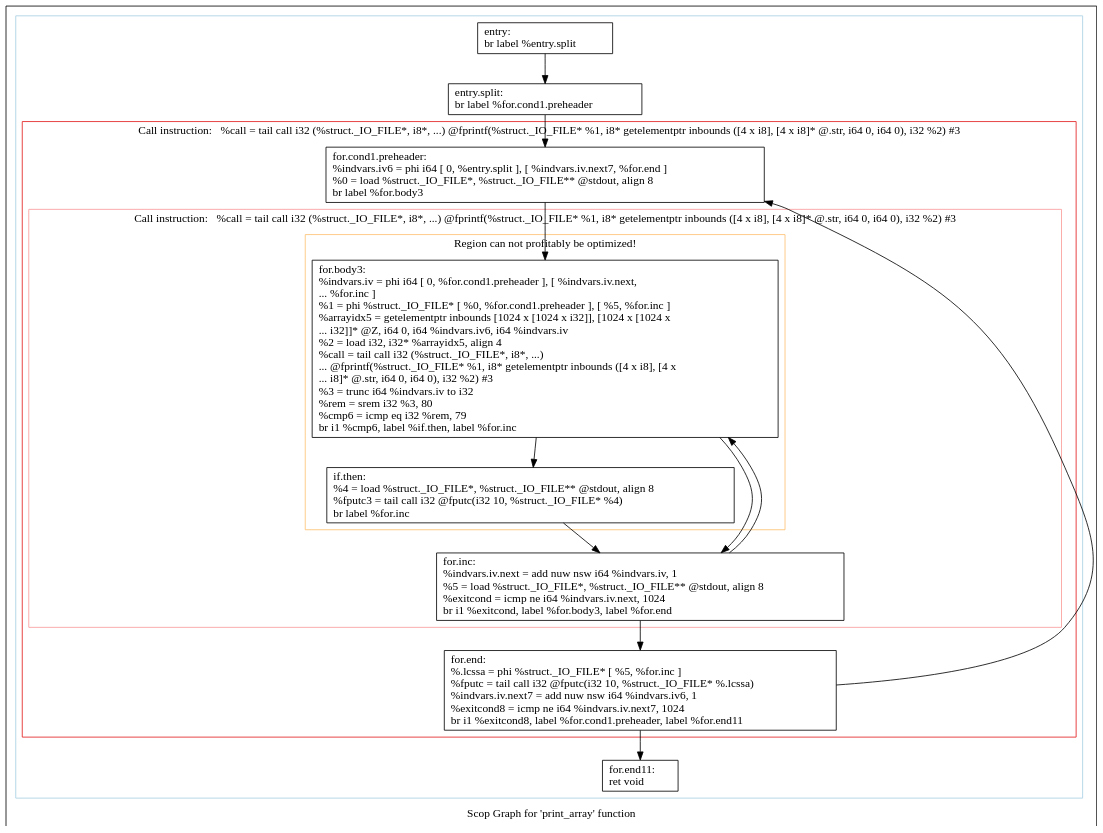
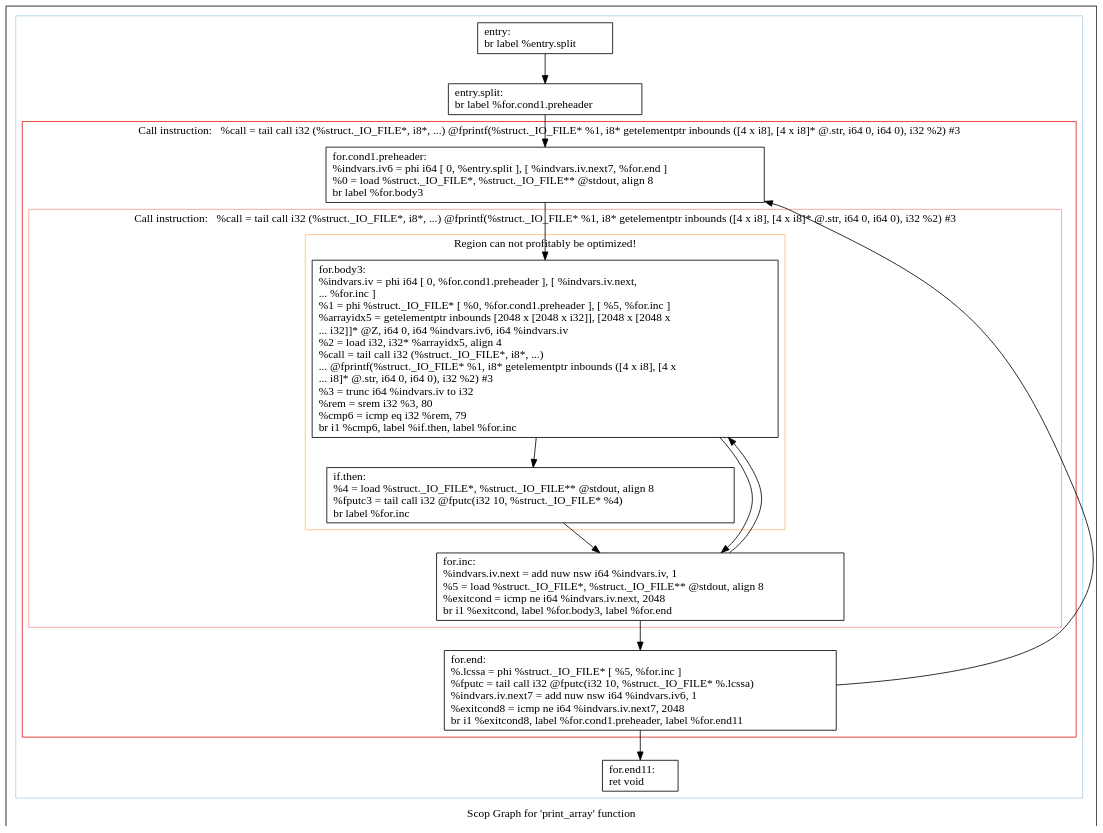
One commit to samminweng/WhileyOpenCL changed the diagram in polly/MatrixMult/impl/handwritten3/dot/scops.print_array.dot. Above: the diagram before and after it, drawn with Graphviz. The commit also changed 20 other files, not shown here.

```diff
--- a/polly/MatrixMult/impl/handwritten3/dot/scops.print_array.dot
+++ b/polly/MatrixMult/impl/handwritten3/dot/scops.print_array.dot
@@ -1,51 +1,51 @@
 digraph "Scop Graph for 'print_array' function" {
 	label="Scop Graph for 'print_array' function";
 
-	Node0x63da6f0 [shape=record,label="{entry:\l  br label %entry.split\l}"];
-	Node0x63da6f0 -> Node0x63b4160;
-	Node0x63b4160 [shape=record,label="{entry.split:                                      \l  br label %for.cond1.preheader\l}"];
-	Node0x63b4160 -> Node0x63da880;
-	Node0x63da880 [shape=record,label="{for.cond1.preheader:                              \l  %indvars.iv6 = phi i64 [ 0, %entry.split ], [ %indvars.iv.next7, %for.end ]\l  %0 = load %struct._IO_FILE*, %struct._IO_FILE** @stdout, align 8\l  br label %for.body3\l}"];
-	Node0x63da880 -> Node0x63da780;
-	Node0x63da780 [shape=record,label="{for.body3:                                        \l  %indvars.iv = phi i64 [ 0, %for.cond1.preheader ], [ %indvars.iv.next,\l... %for.inc ]\l  %1 = phi %struct._IO_FILE* [ %0, %for.cond1.preheader ], [ %5, %for.inc ]\l  %arrayidx5 = getelementptr inbounds [1024 x [1024 x i32]], [1024 x [1024 x\l... i32]]* @Z, i64 0, i64 %indvars.iv6, i64 %indvars.iv\l  %2 = load i32, i32* %arrayidx5, align 4\l  %call = tail call i32 (%struct._IO_FILE*, i8*, ...)\l... @fprintf(%struct._IO_FILE* %1, i8* getelementptr inbounds ([4 x i8], [4 x\l... i8]* @.str, i64 0, i64 0), i32 %2) #3\l  %3 = trunc i64 %indvars.iv to i32\l  %rem = srem i32 %3, 80\l  %cmp6 = icmp eq i32 %rem, 79\l  br i1 %cmp6, label %if.then, label %for.inc\l}"];
-	Node0x63da780 -> Node0x63d2930;
-	Node0x63da780 -> Node0x63b42e0;
-	Node0x63d2930 [shape=record,label="{if.then:                                          \l  %4 = load %struct._IO_FILE*, %struct._IO_FILE** @stdout, align 8\l  %fputc3 = tail call i32 @fputc(i32 10, %struct._IO_FILE* %4)\l  br label %for.inc\l}"];
-	Node0x63d2930 -> Node0x63b42e0;
-	Node0x63b42e0 [shape=record,label="{for.inc:                                          \l  %indvars.iv.next = add nuw nsw i64 %indvars.iv, 1\l  %5 = load %struct._IO_FILE*, %struct._IO_FILE** @stdout, align 8\l  %exitcond = icmp ne i64 %indvars.iv.next, 1024\l  br i1 %exitcond, label %for.body3, label %for.end\l}"];
-	Node0x63b42e0 -> Node0x63da780[constraint=false];
-	Node0x63b42e0 -> Node0x63b4250;
-	Node0x63b4250 [shape=record,label="{for.end:                                          \l  %.lcssa = phi %struct._IO_FILE* [ %5, %for.inc ]\l  %fputc = tail call i32 @fputc(i32 10, %struct._IO_FILE* %.lcssa)\l  %indvars.iv.next7 = add nuw nsw i64 %indvars.iv6, 1\l  %exitcond8 = icmp ne i64 %indvars.iv.next7, 1024\l  br i1 %exitcond8, label %for.cond1.preheader, label %for.end11\l}"];
-	Node0x63b4250 -> Node0x63da880[constraint=false];
-	Node0x63b4250 -> Node0x63da630;
-	Node0x63da630 [shape=record,label="{for.end11:                                        \l  ret void\l}"];
+	Node0x51f81c0 [shape=record,label="{entry:\l  br label %entry.split\l}"];
+	Node0x51f81c0 -> Node0x521cfd0;
+	Node0x521cfd0 [shape=record,label="{entry.split:                                      \l  br label %for.cond1.preheader\l}"];
+	Node0x521cfd0 -> Node0x5219ba0;
+	Node0x5219ba0 [shape=record,label="{for.cond1.preheader:                              \l  %indvars.iv6 = phi i64 [ 0, %entry.split ], [ %indvars.iv.next7, %for.end ]\l  %0 = load %struct._IO_FILE*, %struct._IO_FILE** @stdout, align 8\l  br label %for.body3\l}"];
+	Node0x5219ba0 -> Node0x520efc0;
+	Node0x520efc0 [shape=record,label="{for.body3:                                        \l  %indvars.iv = phi i64 [ 0, %for.cond1.preheader ], [ %indvars.iv.next,\l... %for.inc ]\l  %1 = phi %struct._IO_FILE* [ %0, %for.cond1.preheader ], [ %5, %for.inc ]\l  %arrayidx5 = getelementptr inbounds [2048 x [2048 x i32]], [2048 x [2048 x\l... i32]]* @Z, i64 0, i64 %indvars.iv6, i64 %indvars.iv\l  %2 = load i32, i32* %arrayidx5, align 4\l  %call = tail call i32 (%struct._IO_FILE*, i8*, ...)\l... @fprintf(%struct._IO_FILE* %1, i8* getelementptr inbounds ([4 x i8], [4 x\l... i8]* @.str, i64 0, i64 0), i32 %2) #3\l  %3 = trunc i64 %indvars.iv to i32\l  %rem = srem i32 %3, 80\l  %cmp6 = icmp eq i32 %rem, 79\l  br i1 %cmp6, label %if.then, label %for.inc\l}"];
+	Node0x520efc0 -> Node0x5222730;
+	Node0x520efc0 -> Node0x5219930;
+	Node0x5222730 [shape=record,label="{if.then:                                          \l  %4 = load %struct._IO_FILE*, %struct._IO_FILE** @stdout, align 8\l  %fputc3 = tail call i32 @fputc(i32 10, %struct._IO_FILE* %4)\l  br label %for.inc\l}"];
+	Node0x5222730 -> Node0x5219930;
+	Node0x5219930 [shape=record,label="{for.inc:                                          \l  %indvars.iv.next = add nuw nsw i64 %indvars.iv, 1\l  %5 = load %struct._IO_FILE*, %struct._IO_FILE** @stdout, align 8\l  %exitcond = icmp ne i64 %indvars.iv.next, 2048\l  br i1 %exitcond, label %for.body3, label %for.end\l}"];
+	Node0x5219930 -> Node0x520efc0[constraint=false];
+	Node0x5219930 -> Node0x52229b0;
+	Node0x52229b0 [shape=record,label="{for.end:                                          \l  %.lcssa = phi %struct._IO_FILE* [ %5, %for.inc ]\l  %fputc = tail call i32 @fputc(i32 10, %struct._IO_FILE* %.lcssa)\l  %indvars.iv.next7 = add nuw nsw i64 %indvars.iv6, 1\l  %exitcond8 = icmp ne i64 %indvars.iv.next7, 2048\l  br i1 %exitcond8, label %for.cond1.preheader, label %for.end11\l}"];
+	Node0x52229b0 -> Node0x5219ba0[constraint=false];
+	Node0x52229b0 -> Node0x5221a80;
+	Node0x5221a80 [shape=record,label="{for.end11:                                        \l  ret void\l}"];
 	colorscheme = "paired12"
-        subgraph cluster_0x63b16a0 {
+        subgraph cluster_0x520eed0 {
           label = "";
           style = solid;
           color = 1
-          subgraph cluster_0x63d2ab0 {
+          subgraph cluster_0x5222810 {
             label = "Call instruction:   %call = tail call i32 (%struct._IO_FILE*, i8*, ...) @fprintf(%struct._IO_FILE* %1, i8* getelementptr inbounds ([4 x i8], [4 x i8]* @.str, i64 0, i64 0), i32 %2) #3";
             style = solid;
             color = 6
-            subgraph cluster_0x63d2a10 {
+            subgraph cluster_0x5222790 {
               label = "Call instruction:   %call = tail call i32 (%struct._IO_FILE*, i8*, ...) @fprintf(%struct._IO_FILE* %1, i8* getelementptr inbounds ([4 x i8], [4 x i8]* @.str, i64 0, i64 0), i32 %2) #3";
               style = solid;
               color = 5
-              subgraph cluster_0x63d2990 {
+              subgraph cluster_0x51f81e0 {
                 label = "Region can not profitably be optimized!";
                 style = solid;
                 color = 7
-                Node0x63da780;
-                Node0x63d2930;
+                Node0x520efc0;
+                Node0x5222730;
               }
-              Node0x63b42e0;
+              Node0x5219930;
             }
-            Node0x63da880;
-            Node0x63b4250;
+            Node0x5219ba0;
+            Node0x52229b0;
           }
-          Node0x63da6f0;
-          Node0x63b4160;
-          Node0x63da630;
+          Node0x51f81c0;
+          Node0x521cfd0;
+          Node0x5221a80;
         }
 }
```
